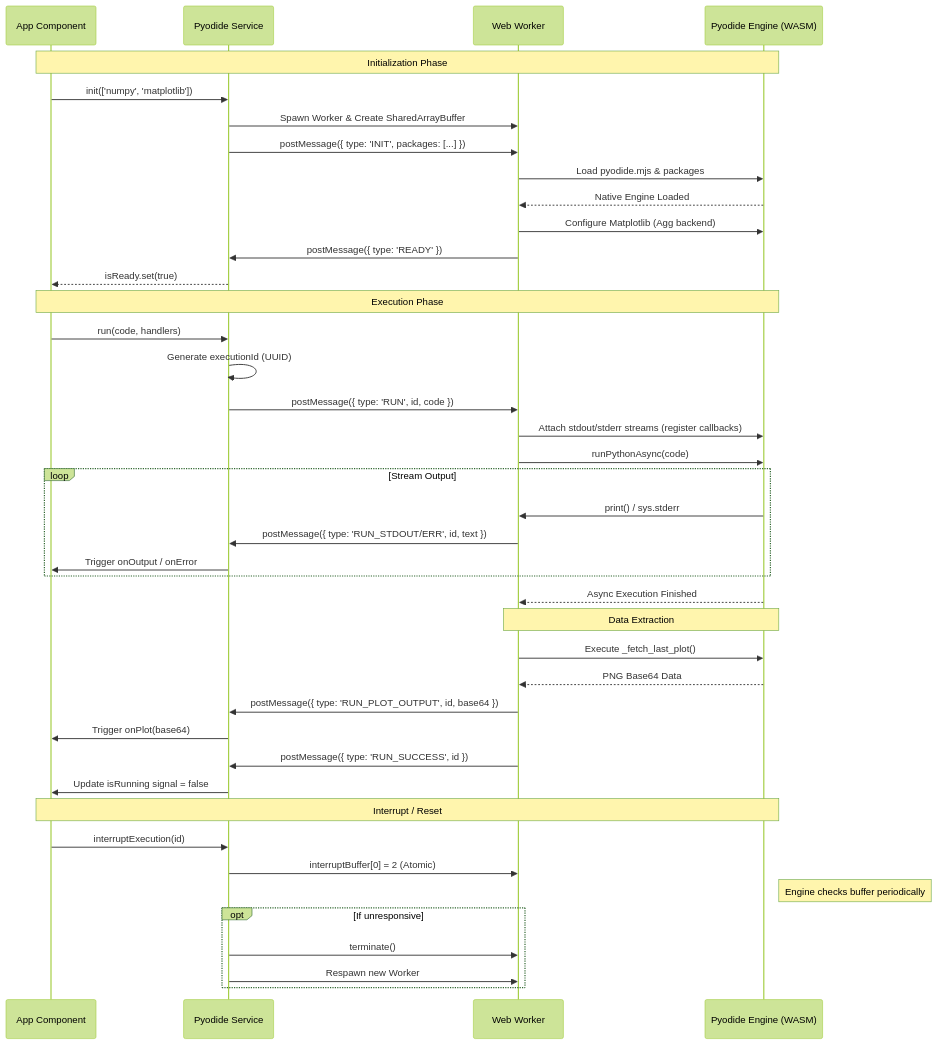
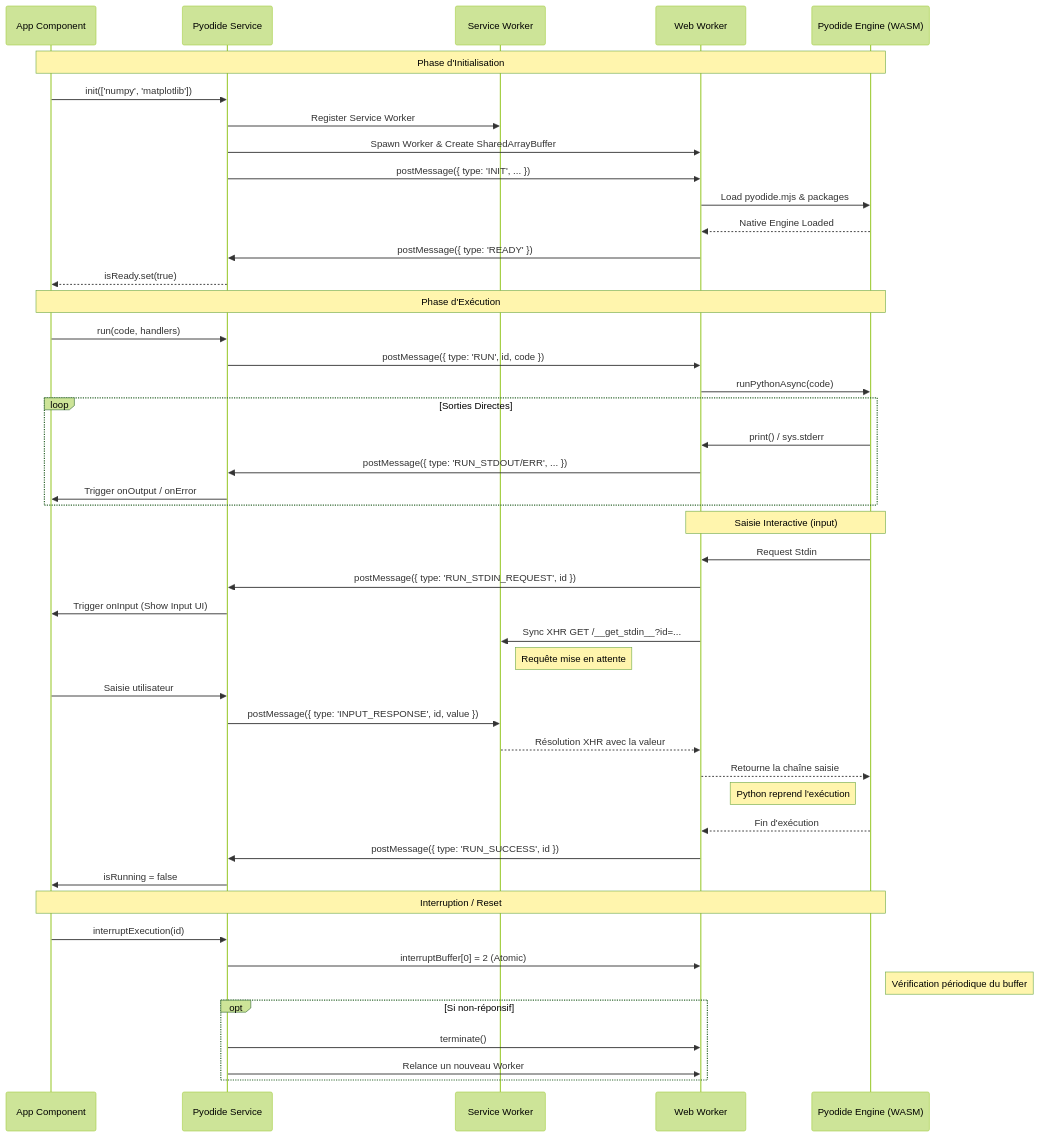
Before and after one commit to CodeClique-RobertDoisneau/frontend: the second of 2 diagrams in src/app/shared/services/pyodide/README.md, drawn with Mermaid (forest theme). The commit also changed other lines of this file and 1 other file, not shown here.

Commit message:
feat: update pyodide docs

````diff
--- a/src/app/shared/services/pyodide/README.md
+++ b/src/app/shared/services/pyodide/README.md
@@ -49,52 +63,56 @@
 ```mermaid
 sequenceDiagram
     participant UI as App Component
     participant SVC as Pyodide Service
+    participant SW as Service Worker
     participant WK as Web Worker
     participant PY as Pyodide Engine (WASM)
 
-    Note over UI, PY: Initialization Phase
+    Note over UI, PY: Phase d'Initialisation
     UI->>SVC: init(['numpy', 'matplotlib'])
+    SVC->>SW: Register Service Worker
     SVC->>WK: Spawn Worker & Create SharedArrayBuffer
-    SVC->>WK: postMessage({ type: 'INIT', packages: [...] })
+    SVC->>WK: postMessage({ type: 'INIT', ... })
     WK->>PY: Load pyodide.mjs & packages
     PY-->>WK: Native Engine Loaded
-    WK->>PY: Configure Matplotlib (Agg backend)
     WK->>SVC: postMessage({ type: 'READY' })
     SVC-->>UI: isReady.set(true)
 
-    Note over UI, PY: Execution Phase
+    Note over UI, PY: Phase d'Exécution
     UI->>SVC: run(code, handlers)
-    SVC->>SVC: Generate executionId (UUID)
     SVC->>WK: postMessage({ type: 'RUN', id, code })
-    
-    WK->>PY: Attach stdout/stderr streams (register callbacks)
     WK->>PY: runPythonAsync(code)
     
-    loop Stream Output
+    loop Sorties Directes
         PY->>WK: print() / sys.stderr
-        WK->>SVC: postMessage({ type: 'RUN_STDOUT/ERR', id, text })
+        WK->>SVC: postMessage({ type: 'RUN_STDOUT/ERR', ... })
         SVC->>UI: Trigger onOutput / onError
     end
 
-    PY-->>WK: Async Execution Finished
+    Note over WK, PY: Saisie Interactive (input)
+    PY->>WK: Request Stdin
+    WK->>SVC: postMessage({ type: 'RUN_STDIN_REQUEST', id })
+    SVC->>UI: Trigger onInput (Show Input UI)
+    WK->>SW: Sync XHR GET /__get_stdin__?id=...
+    Note right of SW: Requête mise en attente
     
-    Note over WK, PY: Data Extraction
-    WK->>PY: Execute _fetch_last_plot()
-    PY-->>WK: PNG Base64 Data
-    WK->>SVC: postMessage({ type: 'RUN_PLOT_OUTPUT', id, base64 })
-    SVC->>UI: Trigger onPlot(base64)
+    UI->>SVC: Saisie utilisateur
+    SVC->>SW: postMessage({ type: 'INPUT_RESPONSE', id, value })
+    SW-->>WK: Résolution XHR avec la valeur
+    WK-->>PY: Retourne la chaîne saisie
+    Note left of PY: Python reprend l'exécution
 
+    PY-->>WK: Fin d'exécution
     WK->>SVC: postMessage({ type: 'RUN_SUCCESS', id })
-    SVC->>UI: Update isRunning signal = false
+    SVC->>UI: isRunning = false
 
-    Note over UI, PY: Interrupt / Reset
+    Note over UI, PY: Interruption / Reset
     UI->>SVC: interruptExecution(id)
     SVC->>WK: interruptBuffer[0] = 2 (Atomic)
-    Note right of PY: Engine checks buffer periodically
+    Note right of PY: Vérification périodique du buffer
     
-    opt If unresponsive
+    opt Si non-réponsif
         SVC->>WK: terminate()
-        SVC->>WK: Respawn new Worker
+        SVC->>WK: Relance un nouveau Worker
     end
 ```
````
